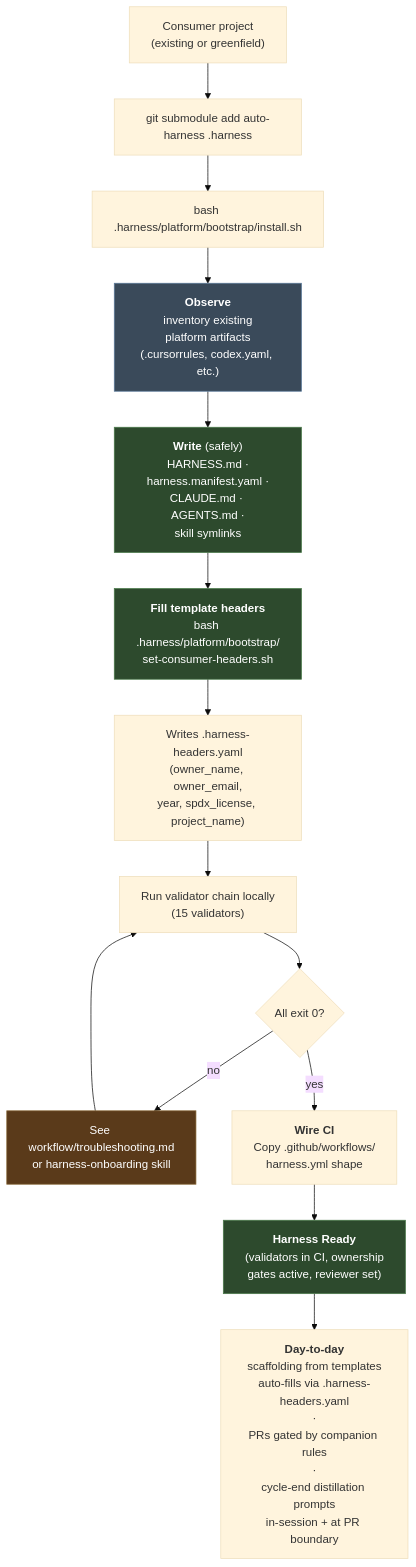
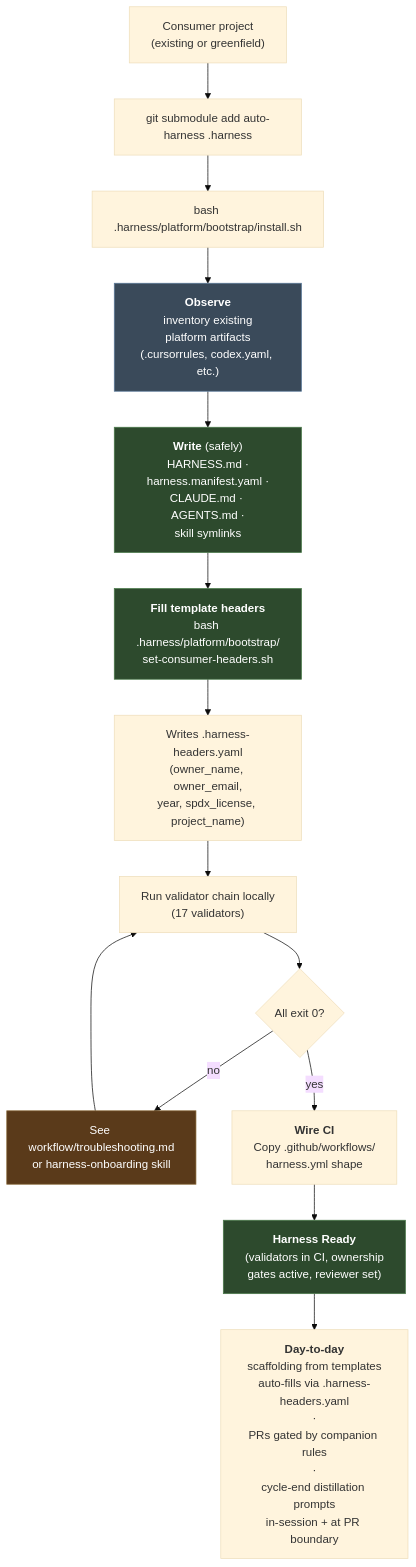
The sixth of 13 diagrams in docs/architecture/diagrams.md (unclenate/auto-harness), drawn with Mermaid (base theme) before and after one commit. The commit also changed 1 other file, not shown here.

Commit message:
fix(counts): correct two non-asserted validator-count prose sites (15→17)
Holistic review caught two stale "15 validators" prose claims not covered by
validate-catalog-counts.sh's assertion table: docs/architecture/diagrams.md
(onboarding flow-node label) and SUMMARY.md (Validator Reference prose). Now 17.

````diff
--- a/docs/architecture/diagrams.md
+++ b/docs/architecture/diagrams.md
@@ -346,30 +346,30 @@
 ```mermaid
 flowchart TD
     Start["Consumer project<br/>(existing or greenfield)"]
 
     Start --> Submodule["git submodule add auto-harness .harness"]
     Submodule --> Install["bash .harness/platform/bootstrap/install.sh"]
 
     Install --> Observe["<b>Observe</b><br/>inventory existing<br/>platform artifacts<br/>(.cursorrules, codex.yaml, etc.)"]
     Observe --> Write["<b>Write</b> (safely)<br/>HARNESS.md ·<br/>harness.manifest.yaml ·<br/>CLAUDE.md · AGENTS.md ·<br/>skill symlinks"]
 
     Write --> Headers["<b>Fill template headers</b><br/>bash .harness/platform/bootstrap/<br/>set-consumer-headers.sh"]
     Headers --> Config["Writes .harness-headers.yaml<br/>(owner_name, owner_email,<br/>year, spdx_license, project_name)"]
 
-    Config --> Validate["Run validator chain locally<br/>(15 validators)"]
+    Config --> Validate["Run validator chain locally<br/>(17 validators)"]
     Validate --> Pass{"All exit 0?"}
 
     Pass -->|"no"| Troubleshoot["See workflow/troubleshooting.md<br/>or harness-onboarding skill"]
     Troubleshoot --> Validate
 
     Pass -->|"yes"| CI["<b>Wire CI</b><br/>Copy .github/workflows/<br/>harness.yml shape"]
     CI --> Ready["<b>Harness Ready</b><br/>(validators in CI, ownership<br/>gates active, reviewer set)"]
 
     Ready --> Day2["<b>Day-to-day</b><br/>scaffolding from templates<br/>auto-fills via .harness-headers.yaml<br/>·<br/>PRs gated by companion rules<br/>·<br/>cycle-end distillation prompts<br/>in-session + at PR boundary"]
 
     style Observe fill:#3a4a5a,stroke:#5a7a9a,color:#fff
     style Write fill:#2d4a2d,stroke:#4a7a4a,color:#fff
     style Headers fill:#2d4a2d,stroke:#4a7a4a,color:#fff
     style Ready fill:#2d4a2d,stroke:#4a7a4a,color:#fff
     style Troubleshoot fill:#5a3a1a,stroke:#8a6a3a,color:#fff
 ```
````
